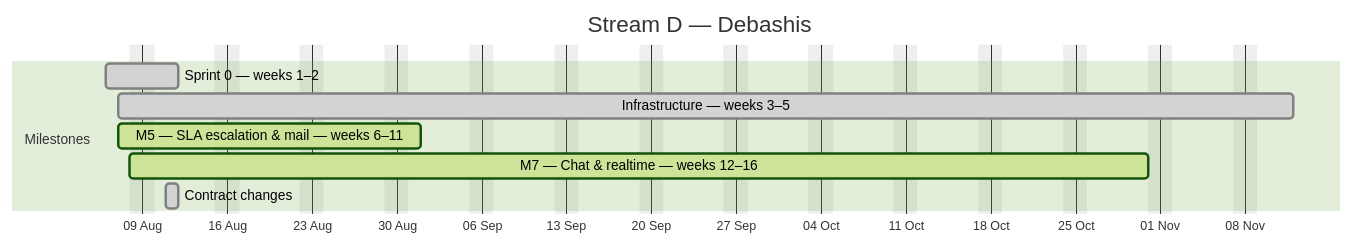
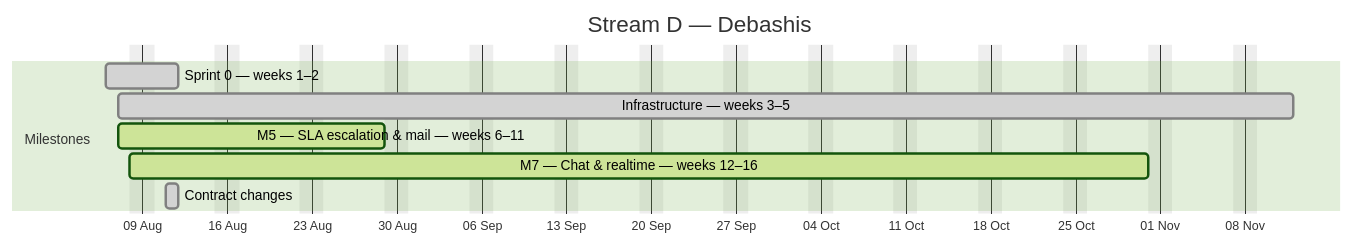
Before and after one commit to debashisedunext/EduTrack: the fourth of 4 diagrams in docs/plan/GANTT.md, drawn with Mermaid (forest theme). The commit also changed other lines of this file and 2 other files, not shown here.

````diff
--- a/docs/plan/GANTT.md
+++ b/docs/plan/GANTT.md
@@ -159,13 +159,13 @@
 ```mermaid
 gantt
     dateFormat YYYY-MM-DD
     axisFormat %d %b
     title Stream D — Debashis
     excludes weekends
     section Milestones
     Sprint 0 — weeks 1–2 :done, d0, 2026-08-06, 4d
     Infrastructure — weeks 3–5 :done, d1, 2026-08-07, 69d
-    M5 — SLA  escalation & mail — weeks 6–11 :active, d2, 2026-08-07, 17d
+    M5 — SLA  escalation & mail — weeks 6–11 :active, d2, 2026-08-07, 16d
     M7 — Chat & realtime — weeks 12–16 :active, d3, 2026-08-08, 61d
     Contract changes :done, d4, 2026-08-11, 1d
 ```
````
